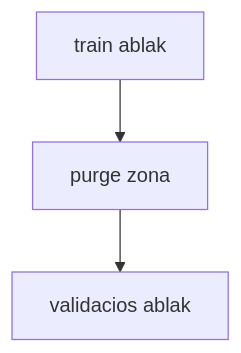
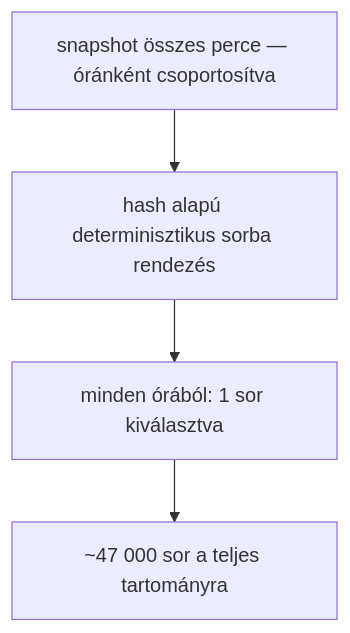
The fourth of 5 diagrams in _doc_/methodology_doc/5400_sampling.md (Nemesis14/chronoquant), drawn with Mermaid before and after one commit. The commit also changed other lines of this file and 1415 other files, not shown here.

````diff
--- a/_doc_/methodology_doc/5400_sampling.md
+++ b/_doc_/methodology_doc/5400_sampling.md
@@ -85,8 +115,9 @@
 ```mermaid
 flowchart TD
-  T[train ablak]
-  V[validacios ablak]
-  P[purge zona]
+  HOURS[snapshot összes perce — óránként csoportosítva]
+  HASH[hash alapú determinisztikus sorba rendezés]
+  PICK[minden órából: 1 sor kiválasztva]
+  RESULT[~47 000 sor a teljes tartományra]
 
-  T --> P --> V
+  HOURS --> HASH --> PICK --> RESULT
 ```
````
